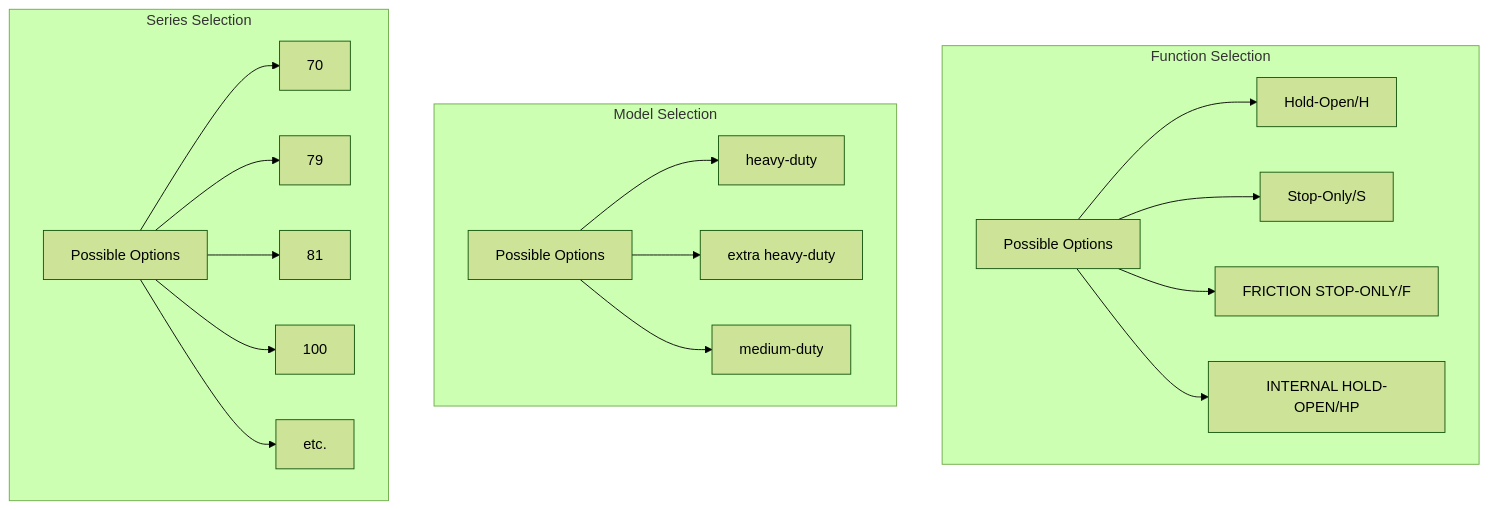
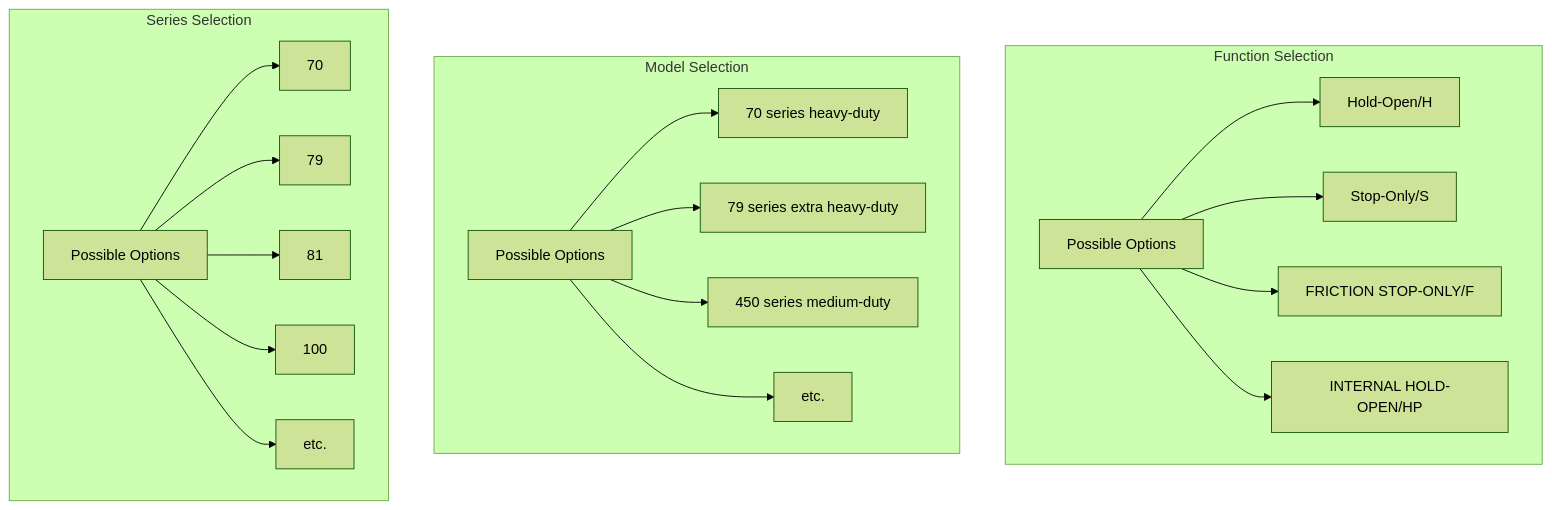
One commit to alokdas81/diamond-pricebook-diagram changed the first of 4 diagrams in README.md. Above: the diagram before and after it, drawn with Mermaid (forest theme). The commit also changed other lines of this file, not shown here.

Commit message:
readme updated

````diff
--- a/README.md
+++ b/README.md
@@ -178,44 +178,46 @@
 ```mermaid
 graph TB
 
 
 subgraph Function Selection
 D[Possible Options]
 E[Hold-Open/H]
 F[Stop-Only/S]
 H[FRICTION STOP-ONLY/F]
 K[INTERNAL HOLD-OPEN/HP]
 end
 
 subgraph Model Selection
 A[Possible Options]
-B[heavy-duty]
-C[extra heavy-duty]
-I[medium-duty]
+B[70 series heavy-duty]
+C[79 series extra heavy-duty]
+I[450 series medium-duty]
+L[etc.]
 end
 
 subgraph Series Selection
 G[Possible Options]
 70
 79
 81
 100
 J[etc.]
 end
 
 A --> B
 A --> C
 A --> I
+A --> L
 
 D --> E
 D --> F
 D --> H
 D --> K
 
 G --> 70
 G --> 79
 G --> 81
 G --> 100
 G --> J
 
 ```
````
